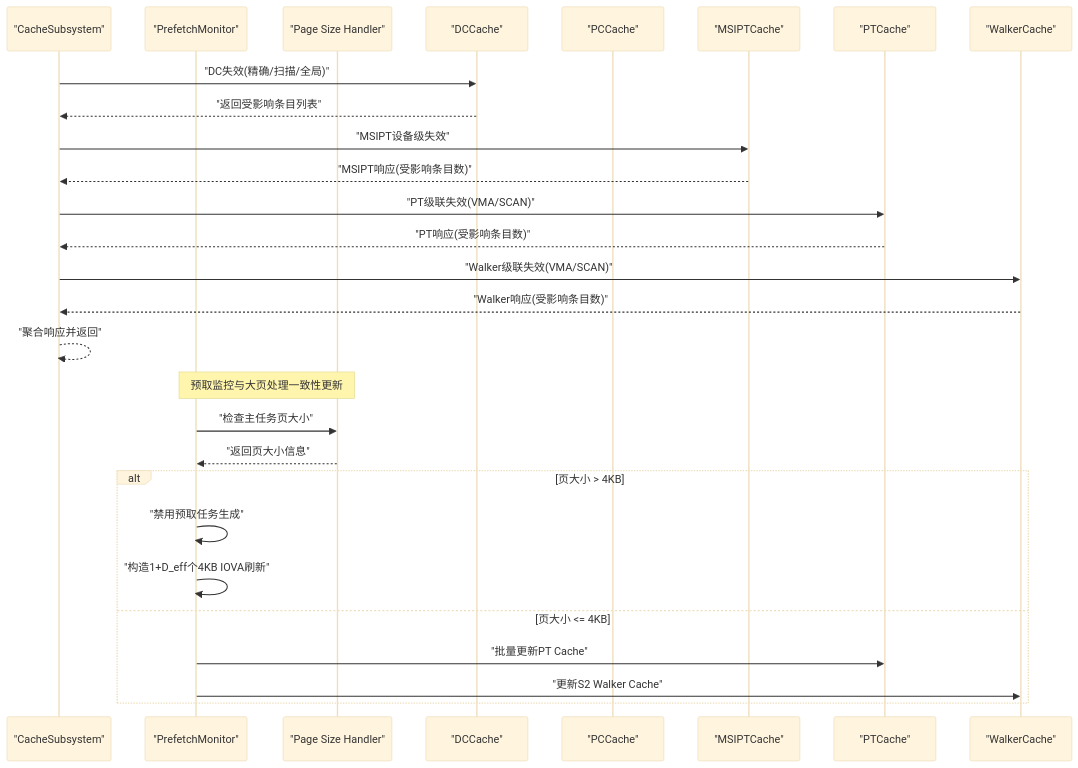
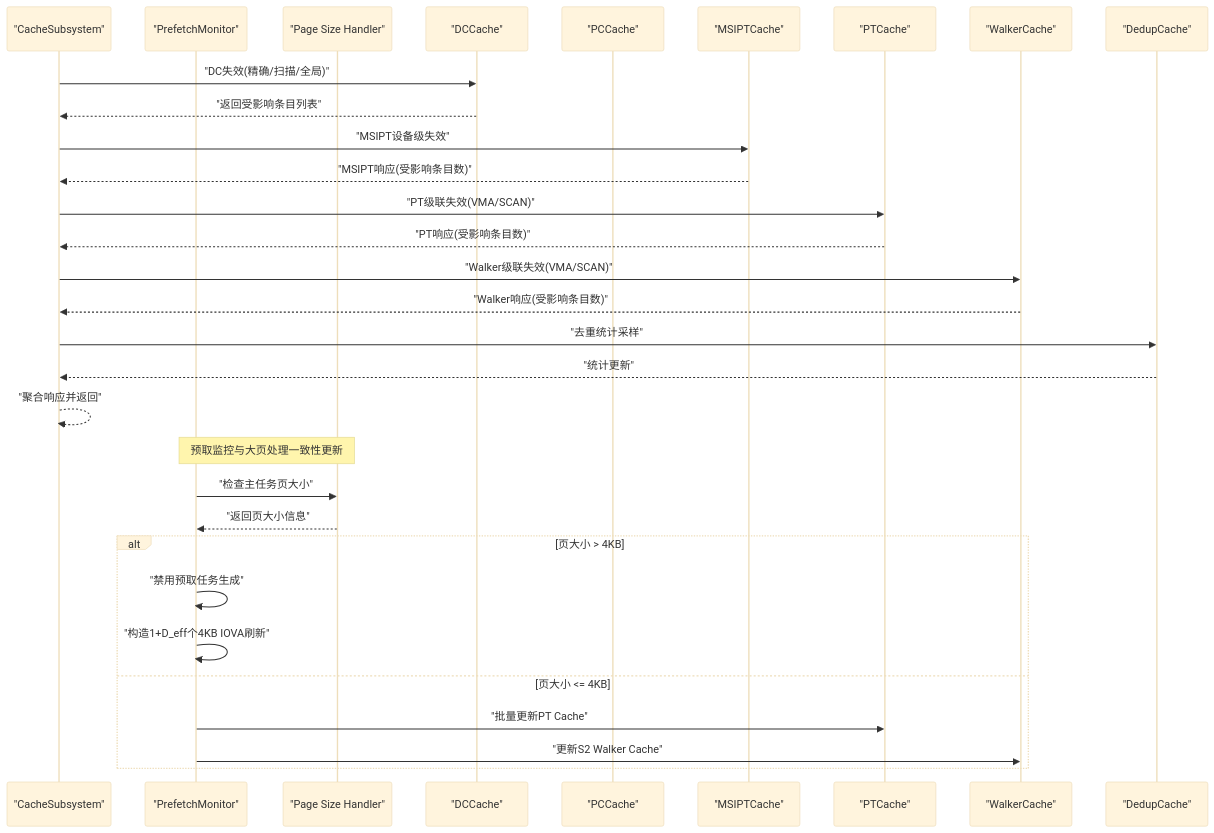
One commit to jiangjiang1122/iommu_model_20260401_v1 changed diagram 12 of 13 in .qoder/repowiki/zh/content/缓存系统/缓存系统.md. Above: the diagram before and after it, drawn with Mermaid (base theme). The commit also changed other lines of this file and 55 other files, not shown here.

````diff
--- a/.qoder/repowiki/zh/content/缓存系统/缓存系统.md
+++ b/.qoder/repowiki/zh/content/缓存系统/缓存系统.md
@@ -544,30 +607,33 @@
 ```mermaid
 sequenceDiagram
 participant CS as "CacheSubsystem"
 participant PM as "PrefetchMonitor"
 participant PG as "Page Size Handler"
 participant DC as "DCCache"
 participant PC as "PCCache"
 participant MSIPT as "MSIPTCache"
 participant PT as "PTCache"
 participant WC as "WalkerCache"
+participant DDC as "DedupCache"
 CS->>DC : "DC失效(精确/扫描/全局)"
 DC-->>CS : "返回受影响条目列表"
 CS->>MSIPT : "MSIPT设备级失效"
 MSIPT-->>CS : "MSIPT响应(受影响条目数)"
 CS->>PT : "PT级联失效(VMA/SCAN)"
 PT-->>CS : "PT响应(受影响条目数)"
 CS->>WC : "Walker级联失效(VMA/SCAN)"
 WC-->>CS : "Walker响应(受影响条目数)"
+CS->>DDC : "去重统计采样"
+DDC-->>CS : "统计更新"
 CS-->>CS : "聚合响应并返回"
 Note over PM,PG : 预取监控与大页处理一致性更新
 PM->>PG : "检查主任务页大小"
 PG-->>PM : "返回页大小信息"
 alt 页大小 > 4KB
 PM->>PM : "禁用预取任务生成"
 PM->>PM : "构造1+D_eff个4KB IOVA刷新"
 else 页大小 <= 4KB
 PM->>PT : "批量更新PT Cache"
 PM->>WC : "更新S2 Walker Cache"
 end
 ```
````
